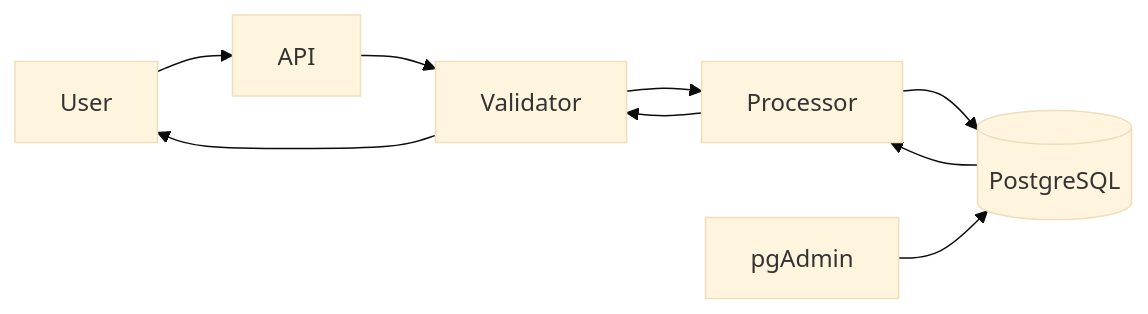
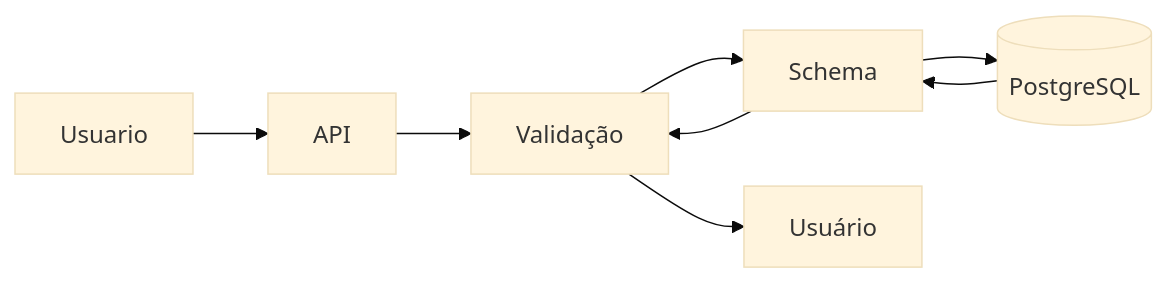
Before and after one commit to kajinmo/api: the diagram in README.md, drawn with Mermaid (base theme).

Commit message:
subindo a versão final do README

````diff
--- a/README.md
+++ b/README.md
@@ -23,11 +23,10 @@
 ```mermaid
 graph LR
-    User --> API
-    API --> Validator
-    Validator --> Processor
-    Processor --> DB[(PostgreSQL)]
-    DB --> Processor
-    Processor --> Validator
-    Validator --> User
-    Monitor[pgAdmin] --> DB
+    Usuario --> API
+    API --> Validação
+    Validação --> Schema
+    Schema --> DB[(PostgreSQL)]
+    DB --> Schema
+    Schema --> Validação
+    Validação --> Usuário
 ```
````
